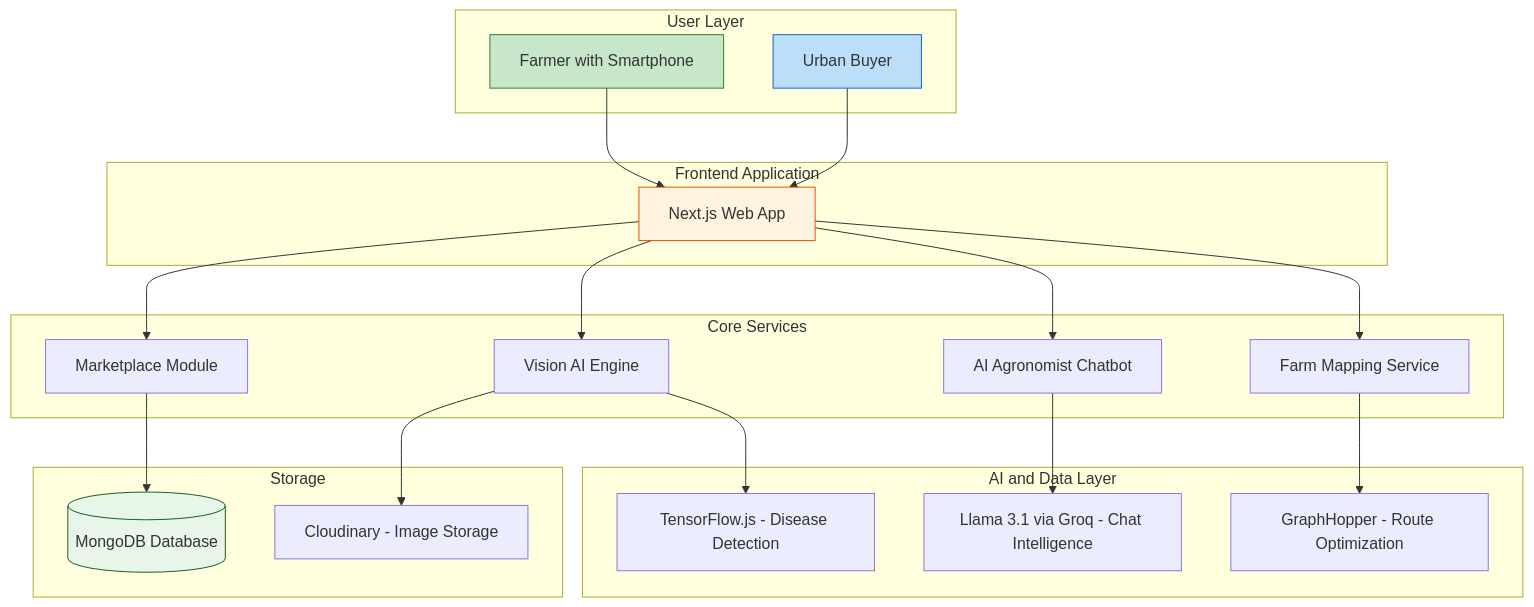
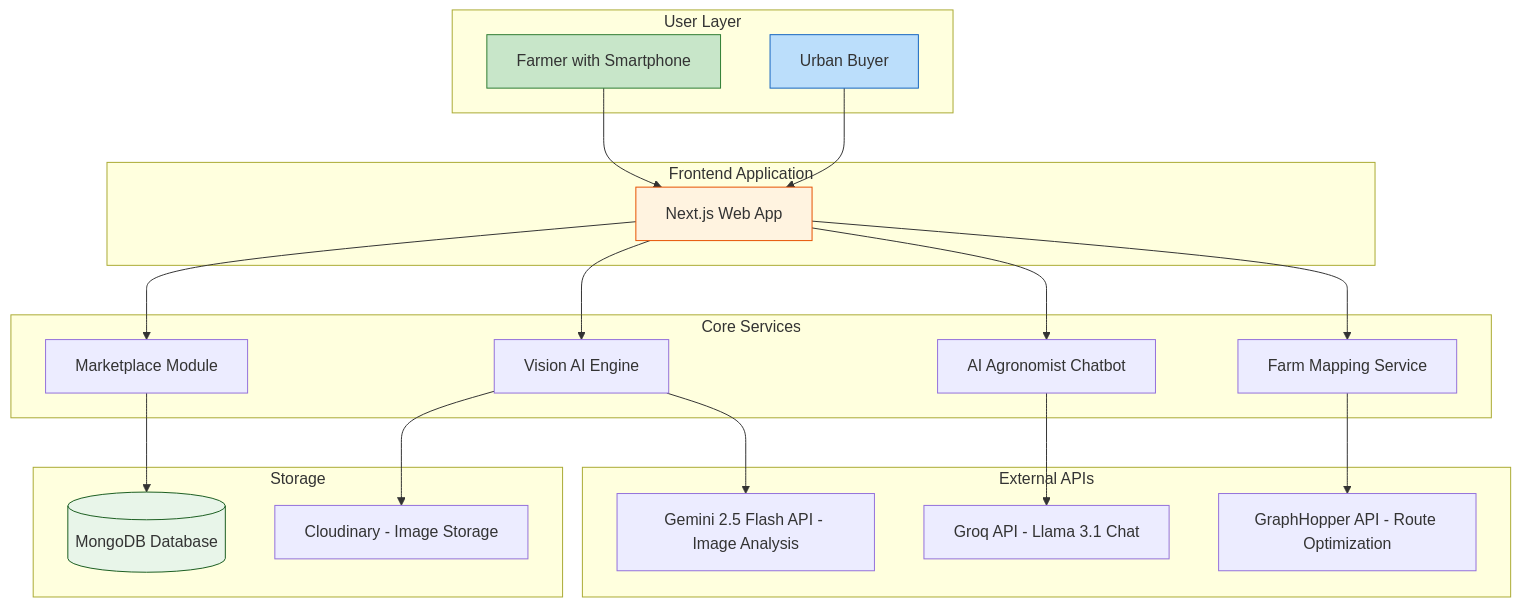
Before and after one commit to Khin-96/Agrivision: the diagram in README.md, drawn with Mermaid. The commit also changed other lines of this file, not shown here.

````diff
--- a/README.md
+++ b/README.md
@@ -80,48 +80,48 @@
 ```mermaid
 graph TD
     subgraph User Layer
         Farmer[Farmer with Smartphone]
         Buyer[Urban Buyer]
     end
 
     subgraph Frontend Application
         UI[Next.js Web App]
     end
 
     subgraph Core Services
         Vision[Vision AI Engine]
         Chat[AI Agronomist Chatbot]
         Maps[Farm Mapping Service]
         Market[Marketplace Module]
     end
 
-    subgraph AI and Data Layer
-        TF[TensorFlow.js - Disease Detection]
-        LLM[Llama 3.1 via Groq - Chat Intelligence]
-        GH[GraphHopper - Route Optimization]
+    subgraph External APIs
+        Gemini[Gemini 2.5 Flash API - Image Analysis]
+        Groq[Groq API - Llama 3.1 Chat]
+        GH[GraphHopper API - Route Optimization]
     end
 
     subgraph Storage
         DB[(MongoDB Database)]
         Cloud[Cloudinary - Image Storage]
     end
 
     Farmer --> UI
     Buyer --> UI
 
     UI --> Vision
     UI --> Chat
     UI --> Maps
     UI --> Market
 
-    Vision --> TF
+    Vision --> Gemini
     Vision --> Cloud
-    Chat --> LLM
+    Chat --> Groq
     Maps --> GH
     Market --> DB
 
     style Farmer fill:#c8e6c9,stroke:#2e7d32
     style Buyer fill:#bbdefb,stroke:#1565c0
     style UI fill:#fff3e0,stroke:#e65100
     style DB fill:#e8f5e9,stroke:#1b5e20
 ```
````
